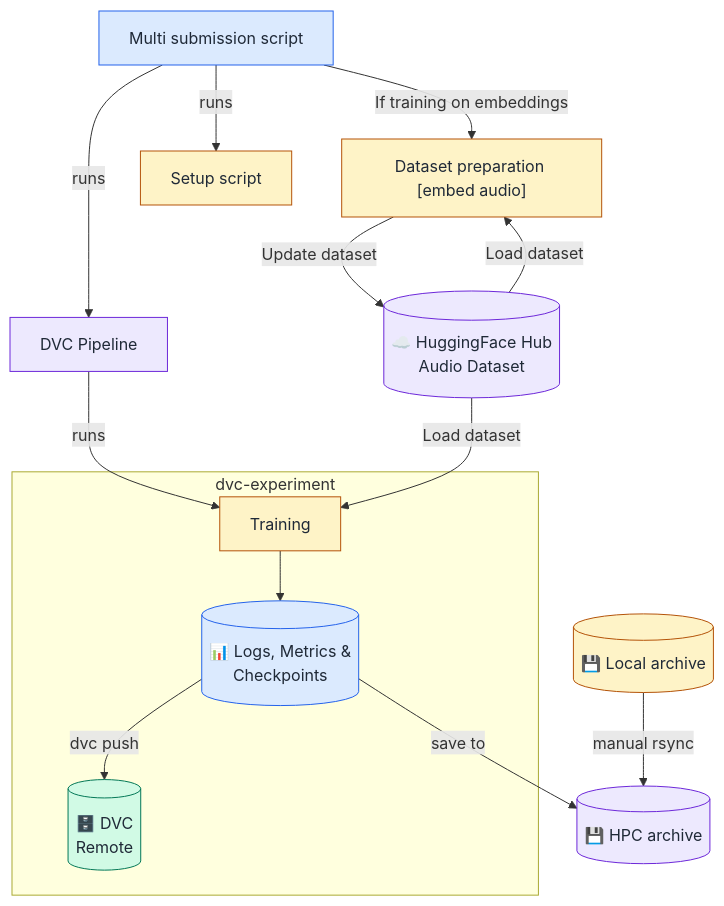
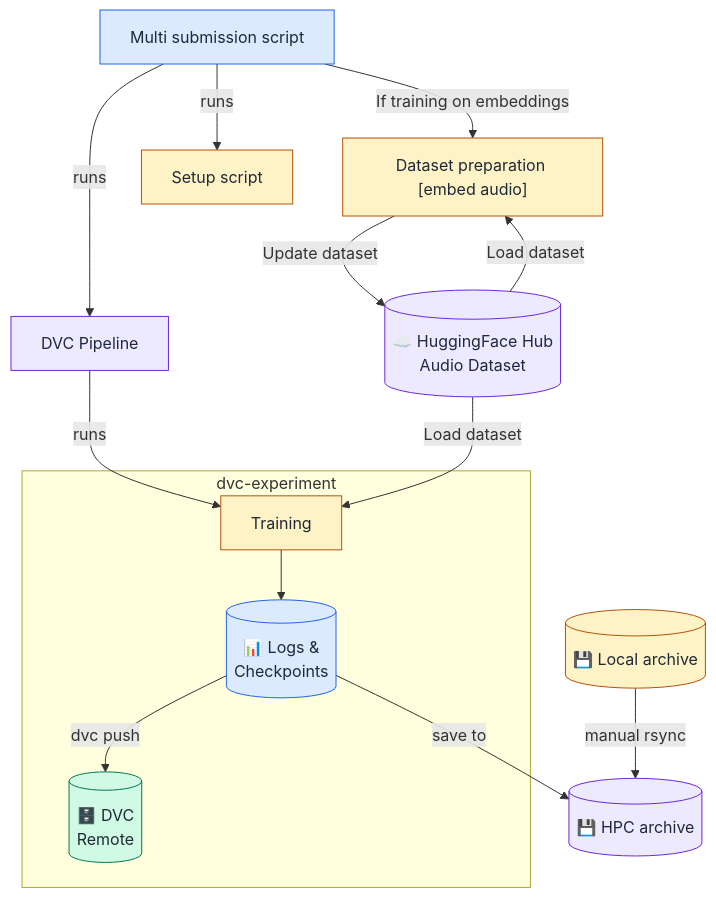
One commit to mcht67/tape_v2 changed the diagram in README_old.md. Above: the diagram before and after it, drawn with Mermaid. The commit also changed 2 other files, not shown here.

Commit message:
removes metrics

````diff
--- a/README_old.md
+++ b/README_old.md
@@ -18,37 +18,37 @@
 ```mermaid
 flowchart TD
     
     A["Multi submission script"] -- If training on embeddings --> C
     A --runs--> D
     A--runs-->J["Setup script"]
 
     B[("☁️ HuggingFace Hub<br/>Audio Dataset")] -- Load dataset --> C
 
     C["Dataset preparation [embed audio]"]
     C -- Update dataset --> B   
 
     D["DVC Pipeline"] --runs--> E     
    
     B -- Load dataset --> E["Training"]
     subgraph dvc-experiment
-        E --> F[("📊 Logs, Metrics &<br/>Checkpoints")]
+        E --> F[("📊 Logs &<br/>Checkpoints")]
         F -- dvc push --> I[("🗄️ DVC<br/>Remote")]
     end
     F -- save to --> G[("💾 HPC archive")]
     H[("💾 Local archive")] -- manual rsync--> G
 
     style A fill:#dbeafe,stroke:#2563eb,color:#1f2937
     style C fill:#fef3c7,stroke:#b45309,color:#1f2937
     style E fill:#fef3c7,stroke:#b45309,color:#1f2937
     style F fill:#dbeafe,stroke:#2563eb,color:#1f2937
     style H fill:#fef3c7,stroke:#b45309,color:#1f2937
     style I fill:#d1fae5,stroke:#047857,color:#1f2937
     style B fill:#ede9fe,stroke:#6d28d9,color:#1f2937
     style D fill:#ede9fe,stroke:#6d28d9,color:#1f2937
     style G fill:#ede9fe,stroke:#6d28d9,color:#1f2937
     style I fill:#d1fae5,stroke:#047857,color:#1f2937
     style B fill:#ede9fe,stroke:#6d28d9,color:#1f2937
     style D fill:#ede9fe,stroke:#6d28d9,color:#1f2937
     style G fill:#ede9fe,stroke:#6d28d9,color:#1f2937
     style J fill:#fef3c7,stroke:#b45309,color:#1f2937
   ```
````
